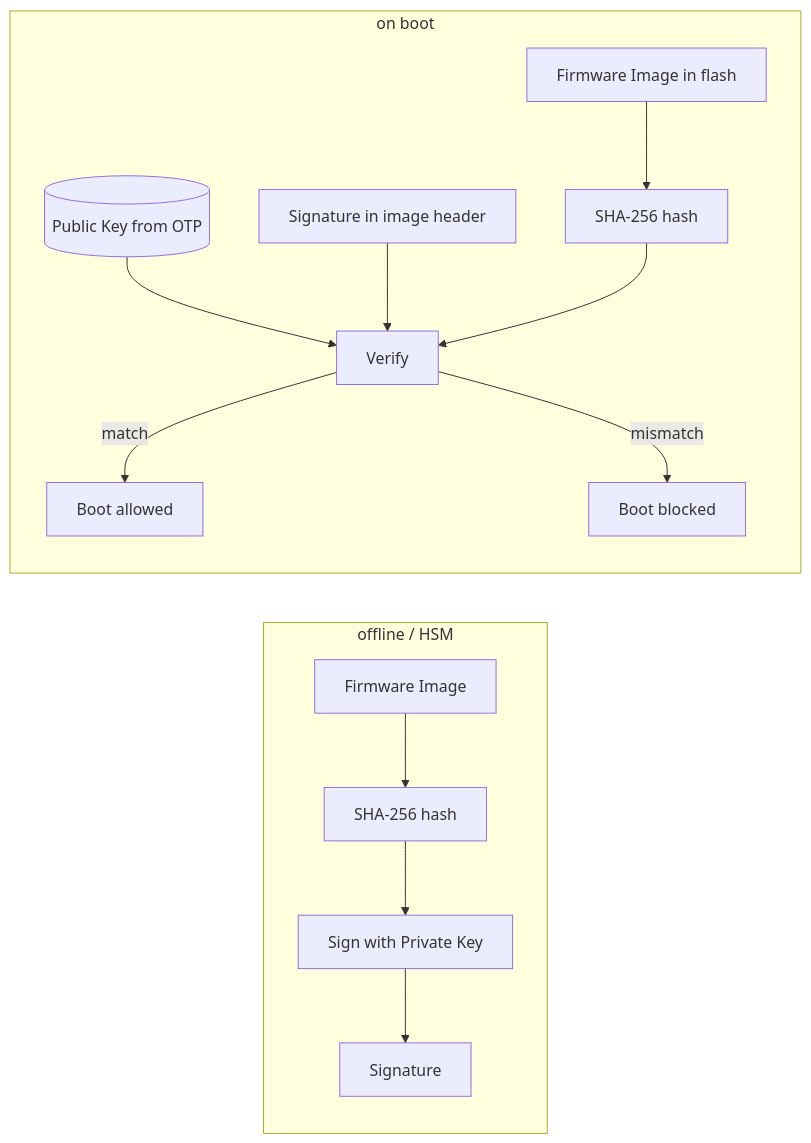
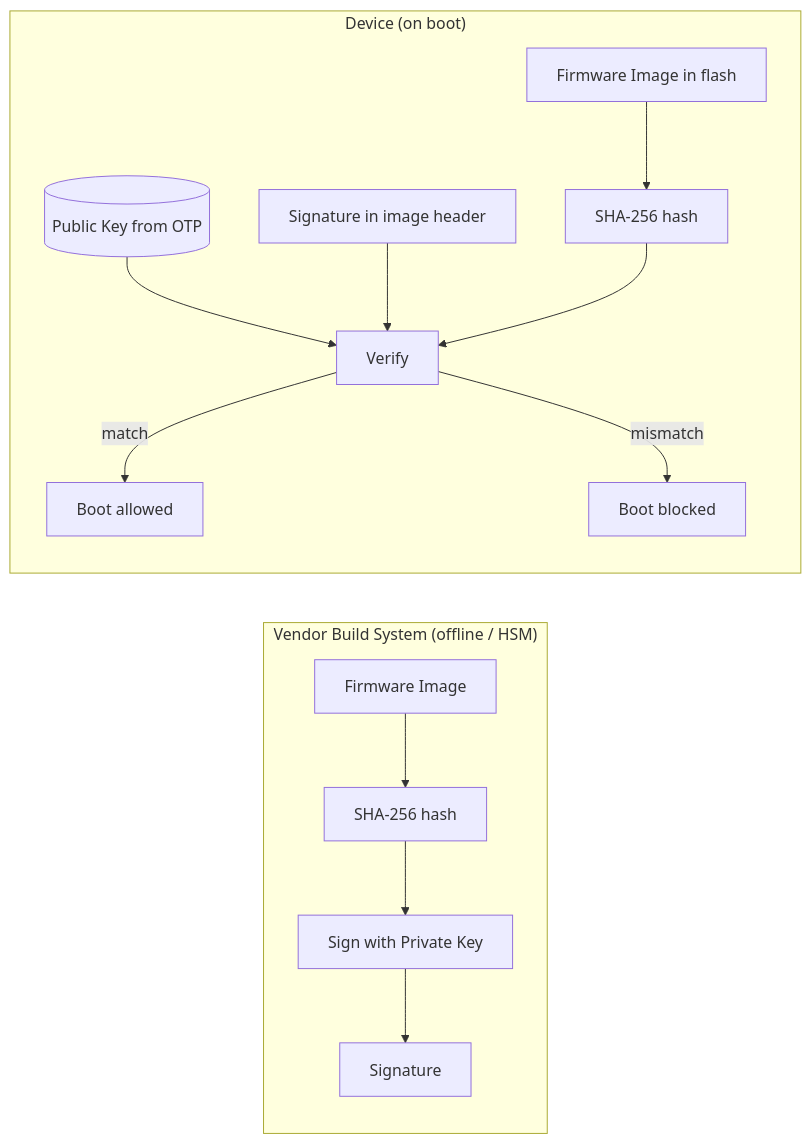
One commit to sprchuoi/securebootloader changed the sixth of 7 diagrams in docs/04-cryptography-basics/README.md. Above: the diagram before and after it, drawn with Mermaid. The commit also changed 6 other files, not shown here.

First line of the commit message:
Fix Mermaid rendering compatibility across docs

````diff
--- a/docs/04-cryptography-basics/README.md
+++ b/docs/04-cryptography-basics/README.md
@@ -192,16 +192,16 @@
 ```mermaid
 flowchart LR
-    subgraph Vendor Build System [offline / HSM]
+    subgraph VENDOR["Vendor Build System (offline / HSM)"]
         FW[Firmware Image] --> H1[SHA-256 hash]
         H1 --> SIGN[Sign with Private Key]
         SIGN --> SIG[Signature]
     end
-    subgraph Device [on boot]
+    subgraph DEVICE["Device (on boot)"]
         FW2[Firmware Image in flash] --> H2[SHA-256 hash]
         PUB[(Public Key from OTP)] --> VER[Verify]
         SIG2[Signature in image header] --> VER
         H2 --> VER
         VER -->|match| OK[Boot allowed]
         VER -->|mismatch| FAIL[Boot blocked]
     end
 ```
````
